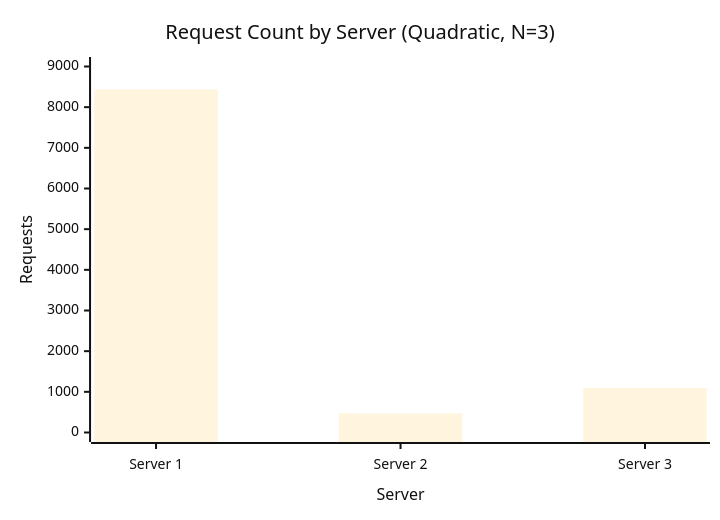
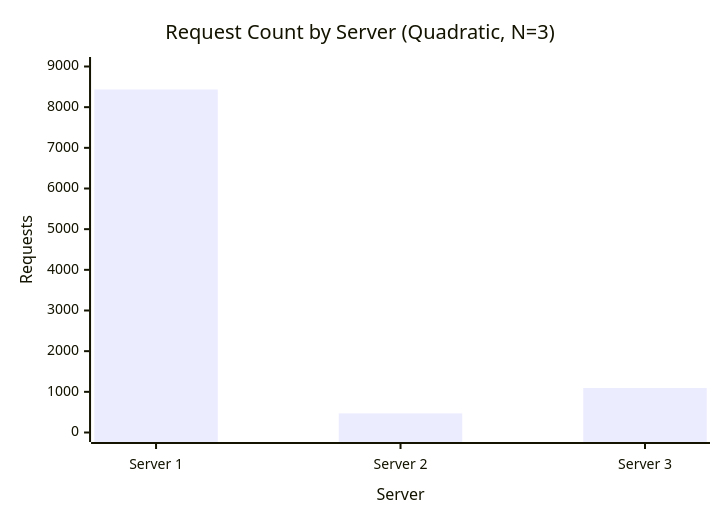
Before and after one commit to AmyMugeni/LoadBalancer: the second of 4 diagrams in README.md, drawn with Mermaid. The commit also changed other lines of this file, not shown here.

````diff
--- a/README.md
+++ b/README.md
@@ -361,8 +360,7 @@
 ```mermaid
-%%{init: {'theme': 'base', 'themeVariables': { 'background': '#FFFFFF', 'primaryColor': '#000000', 'primaryBorderColor': '#000000', 'primaryTextColor': '#111111', 'lineColor': '#163a8a', 'fontSize': '16px' }}}%%
 xychart-beta
   title "Request Count by Server (Quadratic, N=3)"
   x-axis "Server" ["Server 1", "Server 2", "Server 3"]
   y-axis "Requests" 0 --> 9000
   bar [8435, 470, 1095]
 ```
````
